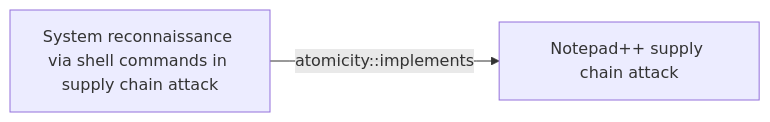
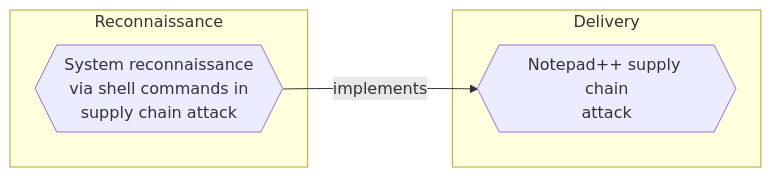
One commit to opentidehq/library changed the first of 2 diagrams in docs/threats/system-reconnaissance-via-shell-commands-in-supply-chain-attack.md. Above: the diagram before and after it, drawn with Mermaid. The commit also changed other lines of this file and 540 other files, not shown here.

````diff
--- a/docs/threats/system-reconnaissance-via-shell-commands-in-supply-chain-attack.md
+++ b/docs/threats/system-reconnaissance-via-shell-commands-in-supply-chain-attack.md
@@ -414,6 +417,10 @@
 ```mermaid
 flowchart LR
-bee6e973_b0d0_4735_a26a_003f39b8c08d["System reconnaissance via shell commands in supply chain attack"]
-8b7cae6f_b6cf_4414_9cdc_fe8c8ee7ee22["Notepad++ supply chain attack"]
-bee6e973_b0d0_4735_a26a_003f39b8c08d -->|atomicity::implements| 8b7cae6f_b6cf_4414_9cdc_fe8c8ee7ee22
+subgraph "Reconnaissance"
+bee6e973_b0d0_4735_a26a_003f39b8c08d{{"System reconnaissance<br>via shell commands in<br>supply chain attack"}}
+end
+subgraph "Delivery"
+8b7cae6f_b6cf_4414_9cdc_fe8c8ee7ee22{{"Notepad++ supply chain<br>attack"}}
+end
+bee6e973_b0d0_4735_a26a_003f39b8c08d -->|implements| 8b7cae6f_b6cf_4414_9cdc_fe8c8ee7ee22
 ```
````
